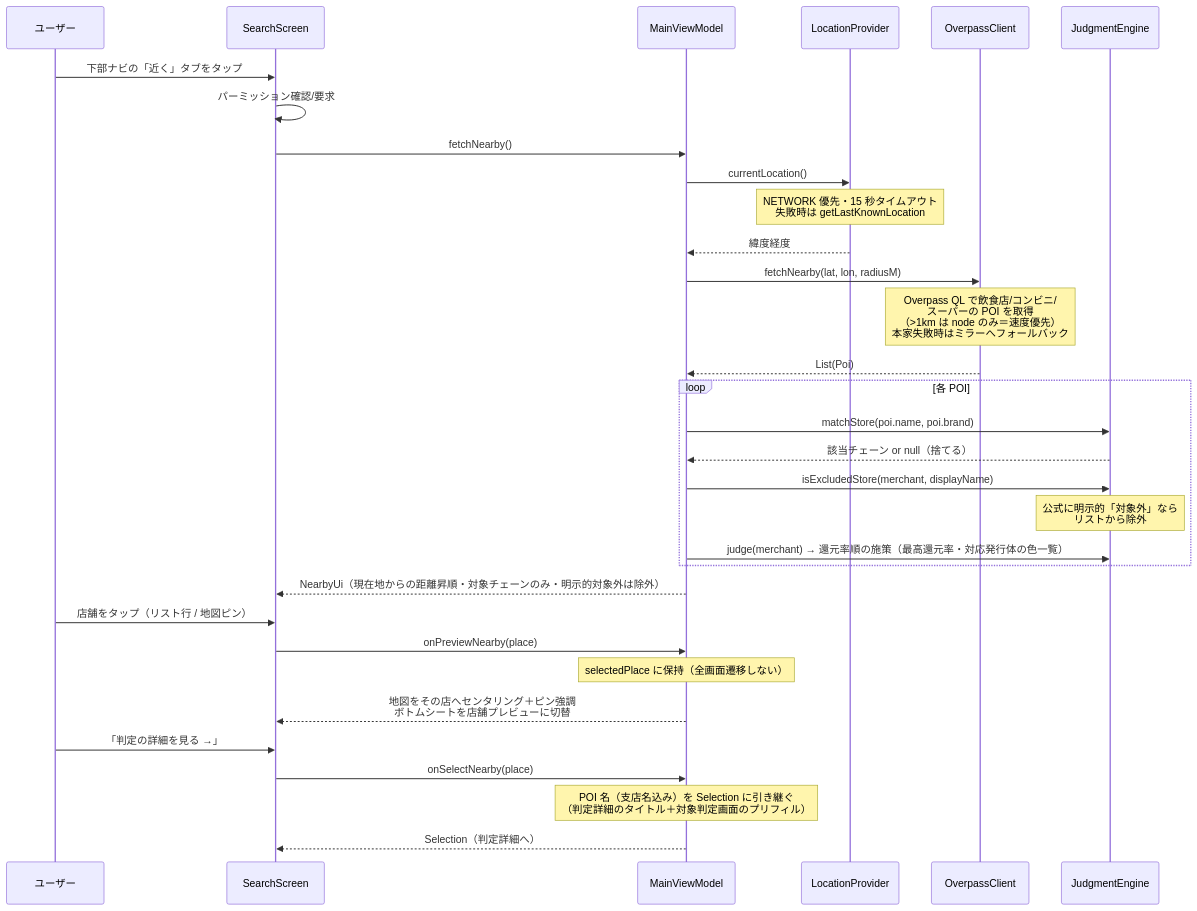
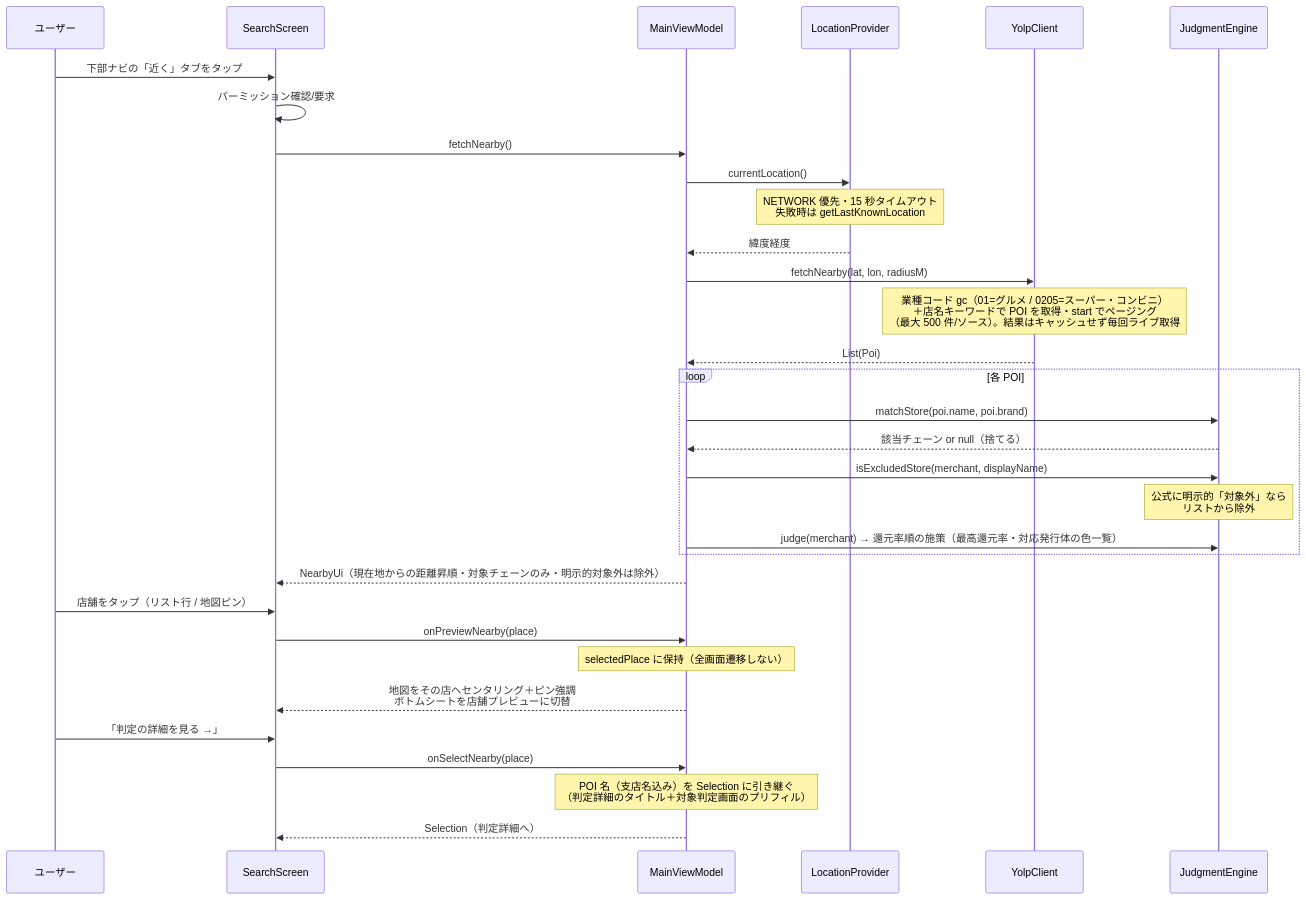
One commit to ktakjm/poikatsu changed the sixth of 6 diagrams in docs/code-guide.md. Above: the diagram before and after it, drawn with Mermaid. The commit also changed other lines of this file, not shown here.

Commit message:
docs: fix code-guide to reflect YOLP as the primary store source
Leftovers from the 2026-06 Overpass->YOLP migration:
- §7 sequence diagram: OverpassClient -> YolpClient as primary, and
  update the fetch note (gc 01/0205 + keyword queries, start paging,
  no caching) instead of the old Overpass QL / mirror-fallback text.
- §9 stack table: drop the stale duplicate "周辺店舗 = Overpass API" row
  (the "店舗データ = YOLP (default) / Overpass (dormant)" row already
  covers it correctly).

````diff
--- a/docs/code-guide.md
+++ b/docs/code-guide.md
@@ -334,35 +334,35 @@
 ```mermaid
 sequenceDiagram
     participant U as ユーザー
     participant SC as SearchScreen
     participant VM as MainViewModel
     participant LP as LocationProvider
-    participant OC as OverpassClient
+    participant YC as YolpClient
     participant JE as JudgmentEngine
 
     U->>SC: 下部ナビの「近く」タブをタップ
     SC->>SC: パーミッション確認/要求
     SC->>VM: fetchNearby()
     VM->>LP: currentLocation()
     Note over LP: NETWORK 優先・15 秒タイムアウト<br/>失敗時は getLastKnownLocation
     LP-->>VM: 緯度経度
-    VM->>OC: fetchNearby(lat, lon, radiusM)
-    Note over OC: Overpass QL で飲食店/コンビニ/<br/>スーパーの POI を取得<br/>（>1km は node のみ＝速度優先）<br/>本家失敗時はミラーへフォールバック
-    OC-->>VM: List(Poi)
+    VM->>YC: fetchNearby(lat, lon, radiusM)
+    Note over YC: 業種コード gc（01=グルメ / 0205=スーパー・コンビニ）<br/>＋店名キーワードで POI を取得・start でページング<br/>（最大 500 件/ソース）。結果はキャッシュせず毎回ライブ取得
+    YC-->>VM: List(Poi)
     loop 各 POI
         VM->>JE: matchStore(poi.name, poi.brand)
         JE-->>VM: 該当チェーン or null（捨てる）
         VM->>JE: isExcludedStore(merchant, displayName)
         Note over JE: 公式に明示的「対象外」なら<br/>リストから除外
         VM->>JE: judge(merchant) → 還元率順の施策（最高還元率・対応発行体の色一覧）
     end
     VM-->>SC: NearbyUi（現在地からの距離昇順・対象チェーンのみ・明示的対象外は除外）
     U->>SC: 店舗をタップ（リスト行 / 地図ピン）
     SC->>VM: onPreviewNearby(place)
     Note over VM: selectedPlace に保持（全画面遷移しない）
     VM-->>SC: 地図をその店へセンタリング＋ピン強調<br/>ボトムシートを店舗プレビューに切替
     U->>SC: 「判定の詳細を見る →」
     SC->>VM: onSelectNearby(place)
     Note over VM: POI 名（支店名込み）を Selection に引き継ぐ<br/>（判定詳細のタイトル＋対象判定画面のプリフィル）
     VM-->>SC: Selection（判定詳細へ）
 ```
````
